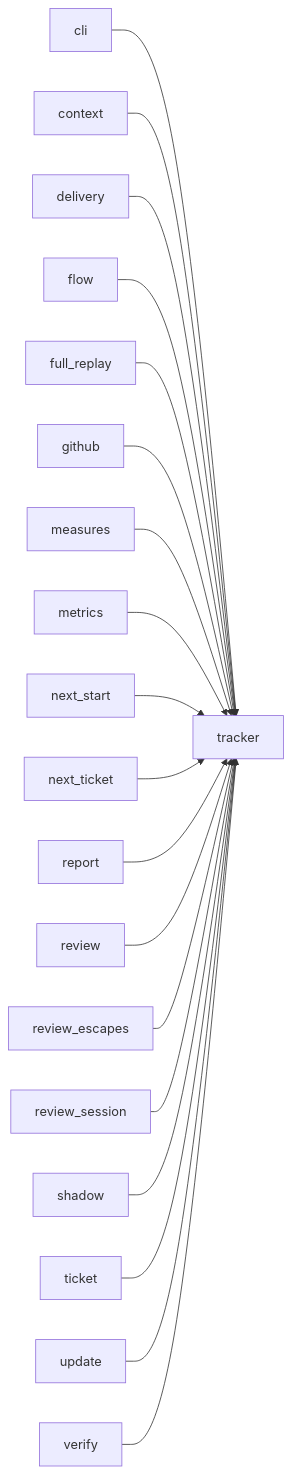
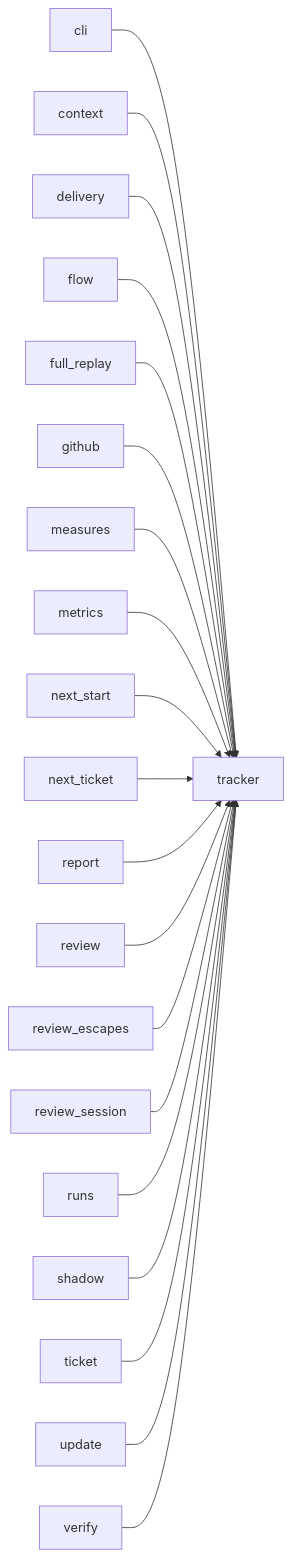
Before and after one commit to plaplanche/ariane: the third of 3 diagrams in docs/architecture/modules/tracker.md, drawn with Mermaid. The commit also changed 13 other files, not shown here.

````diff
--- a/docs/architecture/modules/tracker.md
+++ b/docs/architecture/modules/tracker.md
@@ -129,21 +129,22 @@
 ```mermaid
 flowchart LR
   cli --> tracker
   context --> tracker
   delivery --> tracker
   flow --> tracker
   full_replay --> tracker
   github --> tracker
   measures --> tracker
   metrics --> tracker
   next_start --> tracker
   next_ticket --> tracker
   report --> tracker
   review --> tracker
   review_escapes --> tracker
   review_session --> tracker
+  runs --> tracker
   shadow --> tracker
   ticket --> tracker
   update --> tracker
   verify --> tracker
 ```
````
